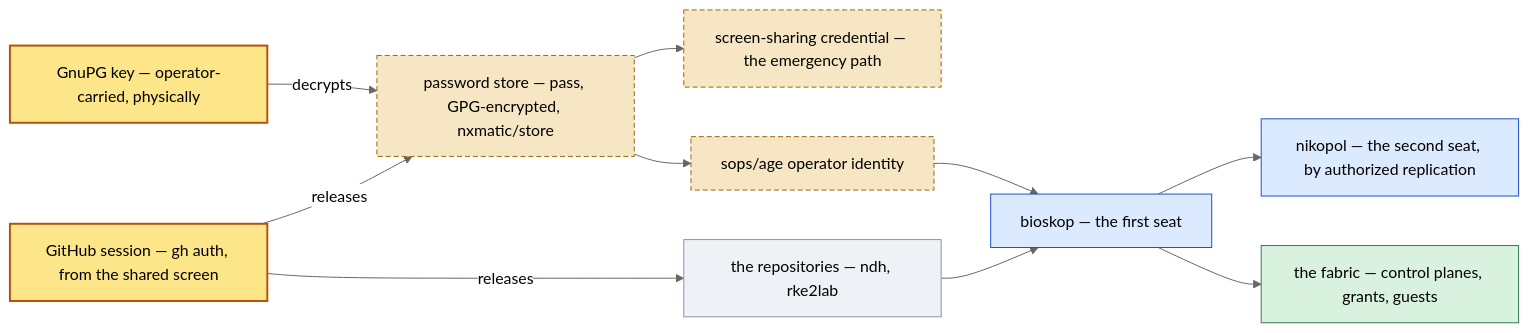
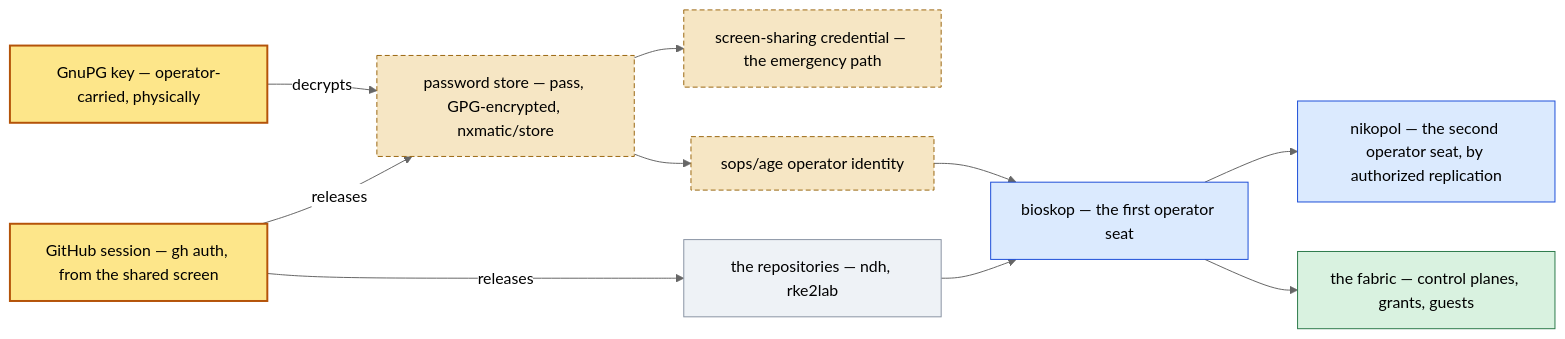
Before and after one commit to seedmatic/ndh: the fifth of 12 diagrams in docs/fabric-control-plane-spec.adoc, drawn with Mermaid (neutral theme). The commit also changed other lines of this file and 47 other files, not shown here.

```diff
--- a/docs/fabric-control-plane-spec.adoc
+++ b/docs/fabric-control-plane-spec.adoc
@@ -502,29 +502,29 @@
 [mermaid]
 ....
 flowchart LR
   gpg["GnuPG key — operator-carried, physically"]:::root
   gh["GitHub session — gh auth, from the shared screen"]:::root
   store["password store — pass, GPG-encrypted, nxmatic/store"]:::secret
   scr["screen-sharing credential — the emergency path"]:::secret
   age["sops/age operator identity"]:::secret
   repos["the repositories — ndh, rke2lab"]:::plain
-  seat["bioskop — the first seat"]:::seat
-  nk["nikopol — the second seat, by authorized replication"]:::seat
+  seat["bioskop — the first operator seat"]:::seat
+  nk["nikopol — the second operator seat, by authorized replication"]:::seat
   fab["the fabric — control planes, grants, guests"]:::ok
 
   gpg -->|"decrypts"| store
   gh -->|"releases"| store
   gh -->|"releases"| repos
   store --> scr
   store --> age
   age --> seat
   repos --> seat
   seat --> nk
   seat --> fab
 
   classDef root fill:#fde68a,stroke:#b45309,stroke-width:2px;
   classDef secret fill:#f6e6c4,stroke:#9a6710,stroke-dasharray:5 3;
   classDef plain fill:#eef2f6,stroke:#8a94a3;
   classDef seat fill:#dbeafe,stroke:#1d4ed8;
   classDef ok fill:#d9f2e0,stroke:#2d7a4b;
 ....
```
